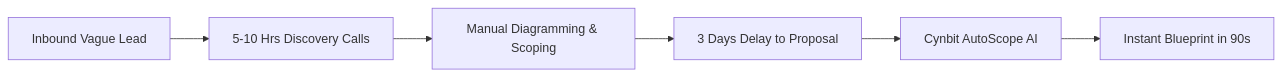
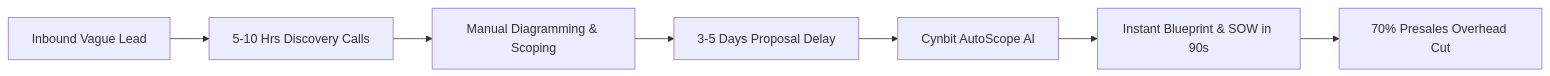
One commit to TANMAY4806w/cynbit-autoscope-ai changed the first of 2 diagrams in README.md. Above: the diagram before and after it, drawn with Mermaid. The commit also changed other lines of this file, not shown here.

Commit message:
docs(phase-4): finalize production documentation, architecture blueprints, and verification badges

````diff
--- a/README.md
+++ b/README.md
@@ -17,8 +21,9 @@
 ```mermaid
 flowchart LR
     A["Inbound Vague Lead"] --> B["5-10 Hrs Discovery Calls"]
     B --> C["Manual Diagramming & Scoping"]
-    C --> D["3 Days Delay to Proposal"]
+    C --> D["3-5 Days Proposal Delay"]
     D --> E["Cynbit AutoScope AI"]
-    E --> F["Instant Blueprint in 90s"]
+    E --> F["Instant Blueprint & SOW in 90s"]
+    F --> G["70% Presales Overhead Cut"]
 ```
````
